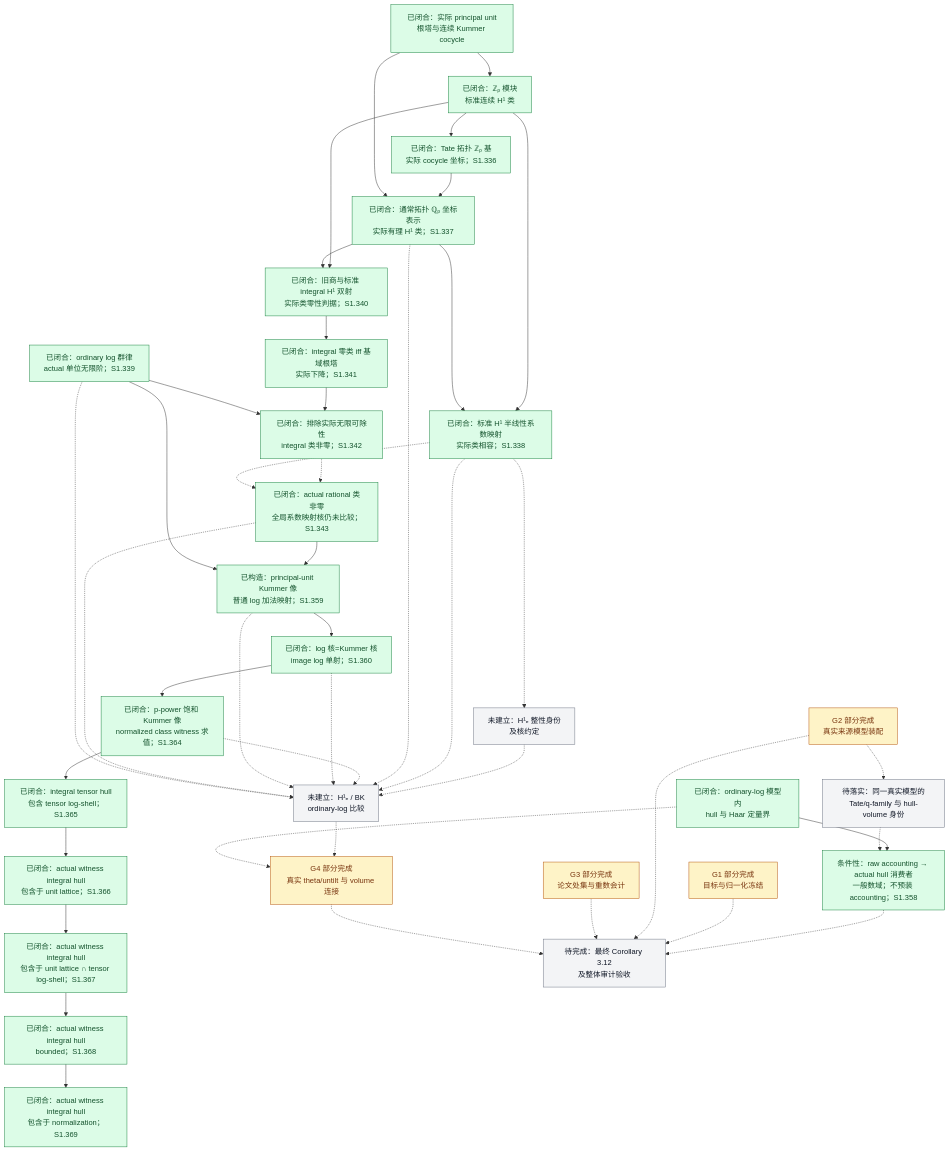
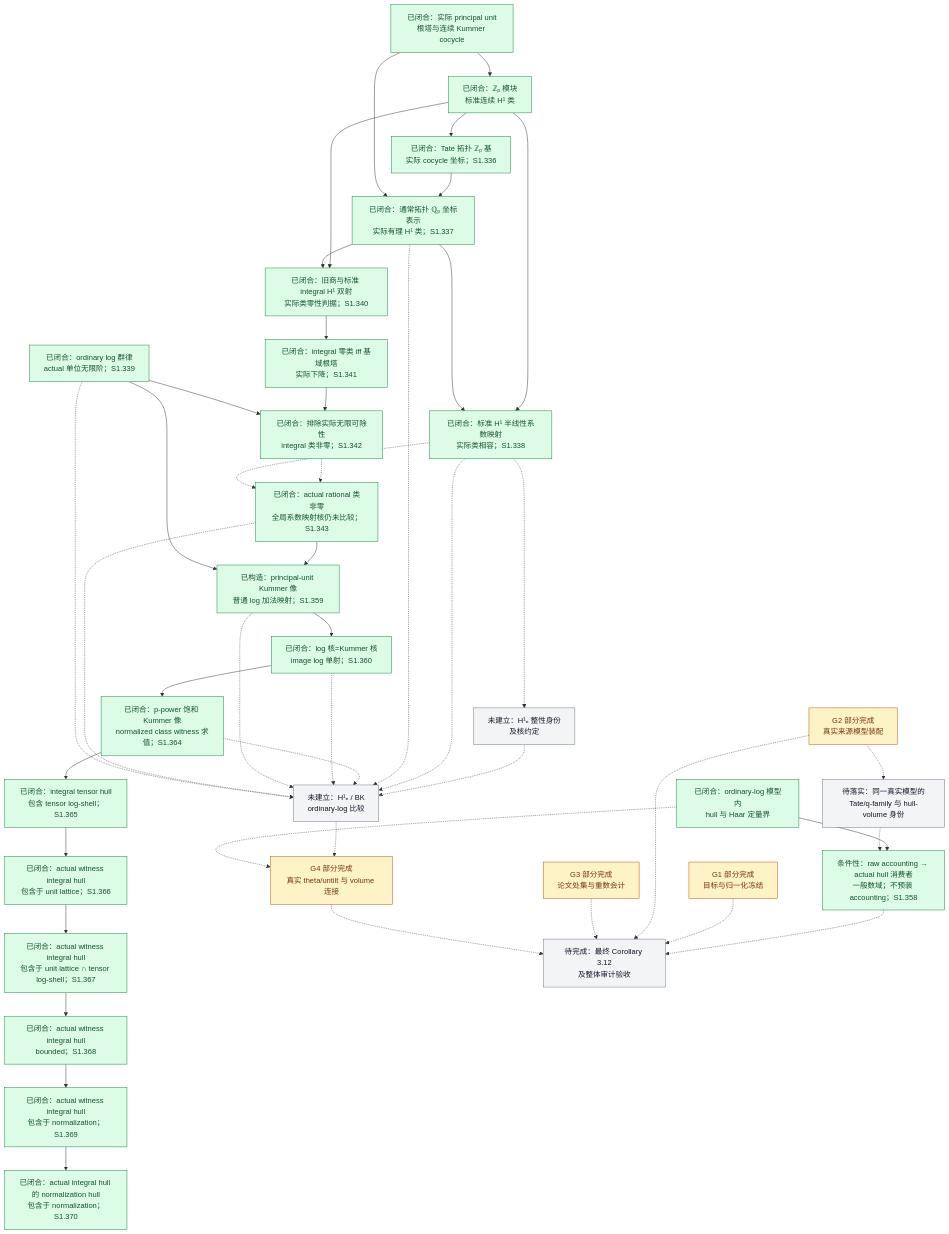
The diagram in docs/Scene1进度总览.md (Ember-Institute/KirtiJoshi-abc), drawn with Mermaid before and after one commit. The commit also changed other lines of this file and 4 other files, not shown here.

Commit message:
Record S1.370 normalization hull containment

```diff
--- a/docs/Scene1进度总览.md
+++ b/docs/Scene1进度总览.md
@@ -92,6 +92,7 @@
     TI["已闭合：actual witness integral hull<br/>包含于 unit lattice ∩ tensor log-shell；S1.367"]
     TB["已闭合：actual witness integral hull<br/>bounded；S1.368"]
     TN["已闭合：actual witness integral hull<br/>包含于 normalization；S1.369"]
+    TH["已闭合：actual integral hull 的 normalization hull<br/>包含于 normalization；S1.370"]
     B["未建立：H¹ₑ / BK<br/>ordinary-log 比较"]
     H["已闭合：ordinary-log 模型内<br/>hull 与 Haar 定量界"]
     L["已闭合：ordinary log 群律<br/>actual 单位无限阶；S1.339"]
@@ -130,6 +131,7 @@
     TU --> TI
     TI --> TB
     TB --> TN
+    TN --> TH
     KK -.-> B
     KL -.-> B
     NQ -.-> B
@@ -151,7 +153,7 @@
     class K,Z,T,Q,H,I,L,C0,R0,N0 done;
     class G1,G2,G3,V partial;
     class J,B,C,VH open;
-    class RH,KS,TS,TU,TI,TB,TN done;
+    class RH,KS,TS,TU,TI,TB,TN,TH done;
     class KK done;
     class KL done;
     class NQ done;
```
